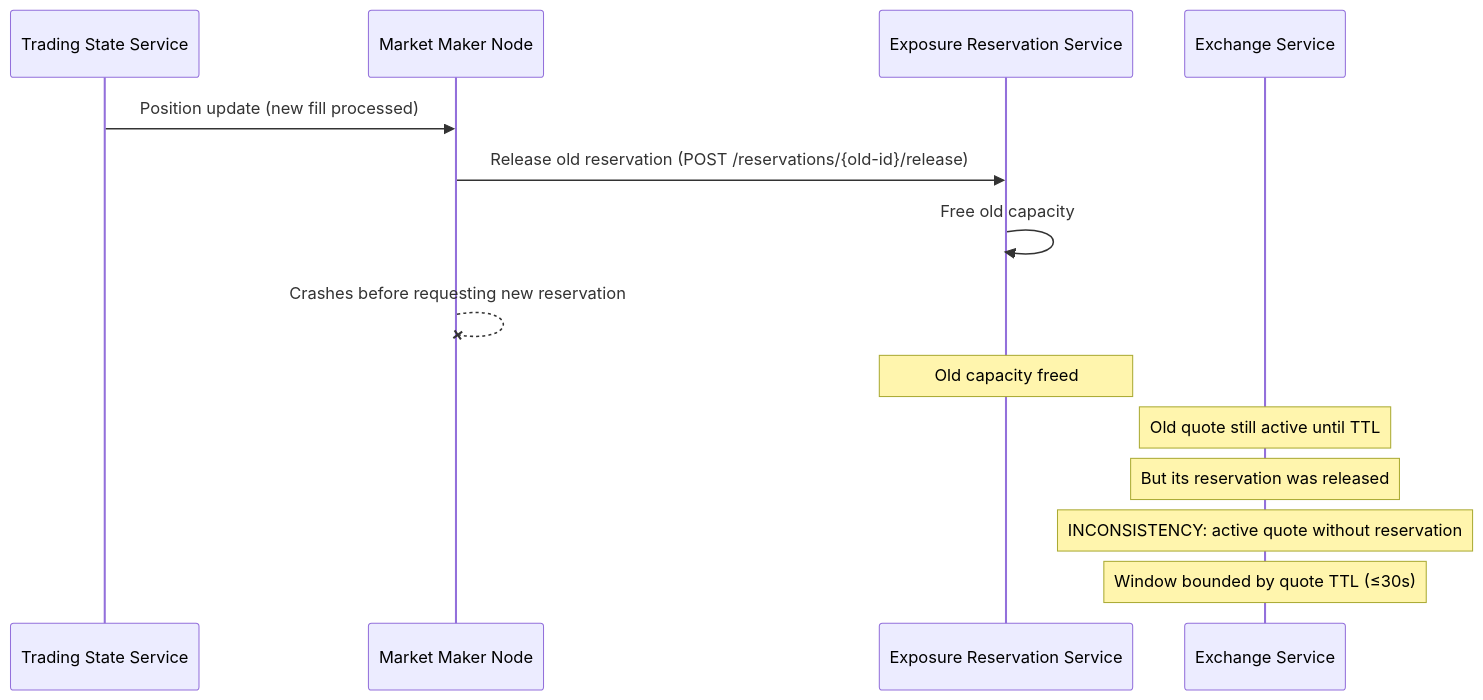
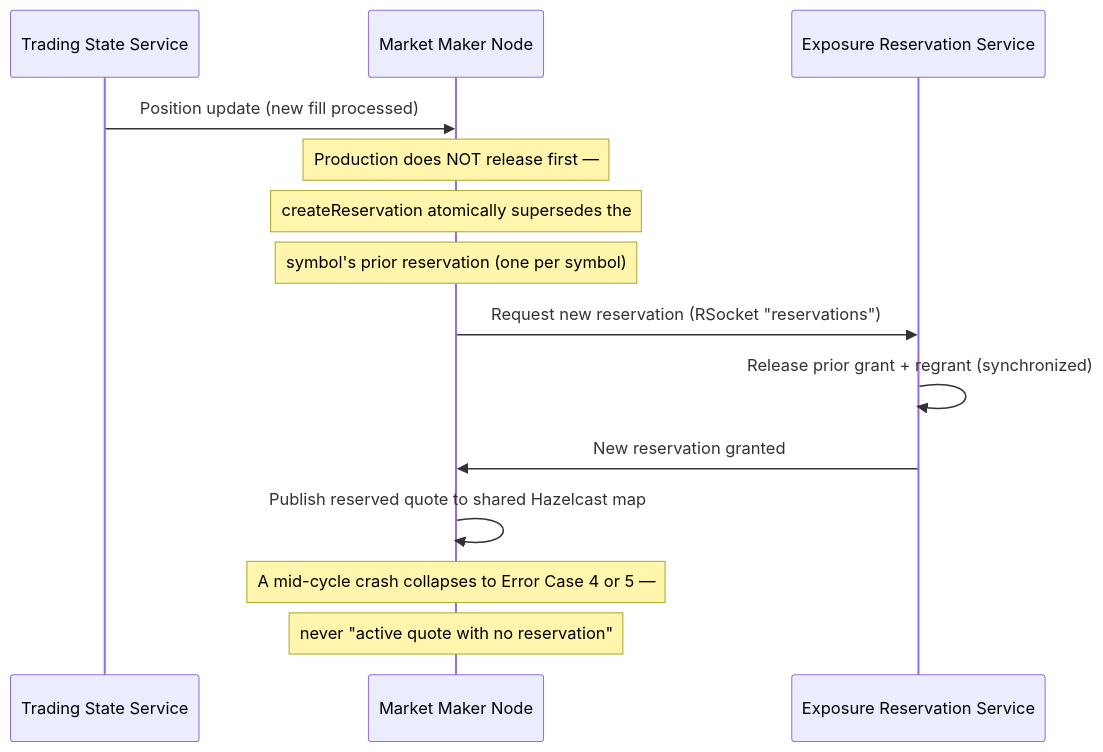
One commit to S26-Distributed-Capstone/Velocity-Trading changed the tenth of 11 diagrams in docs/error-cases.md. Above: the diagram before and after it, drawn with Mermaid. The commit also changed other lines of this file and 1 other file, not shown here.

````diff
--- a/docs/error-cases.md
+++ b/docs/error-cases.md
@@ -204,16 +204,16 @@
 ```mermaid
 sequenceDiagram
   participant state as Trading State Service
   participant maker as Market Maker Node
   participant reservation as Exposure Reservation Service
-  participant exchange as Exchange Service
   state->>maker: Position update (new fill processed)
-  maker->>reservation: Release old reservation (POST /reservations/{old-id}/release)
-  reservation->>reservation: Free old capacity
-  maker--xmaker: Crashes before requesting new reservation
-  Note over reservation: Old capacity freed
-  Note over exchange: Old quote still active until TTL
-  Note over exchange: But its reservation was released
-  Note over exchange: INCONSISTENCY: active quote without reservation
-  Note over exchange: Window bounded by quote TTL (≤30s)
+  Note over maker: Production does NOT release first —
+  Note over maker: createReservation atomically supersedes the
+  Note over maker: symbol's prior reservation (one per symbol)
+  maker->>reservation: Request new reservation (RSocket "reservations")
+  reservation->>reservation: Release prior grant + regrant (synchronized)
+  reservation->>maker: New reservation granted
+  maker->>maker: Publish reserved quote to shared Hazelcast map
+  Note over maker: A mid-cycle crash collapses to Error Case 4 or 5 —
+  Note over maker: never "active quote with no reservation"
 ```
````
